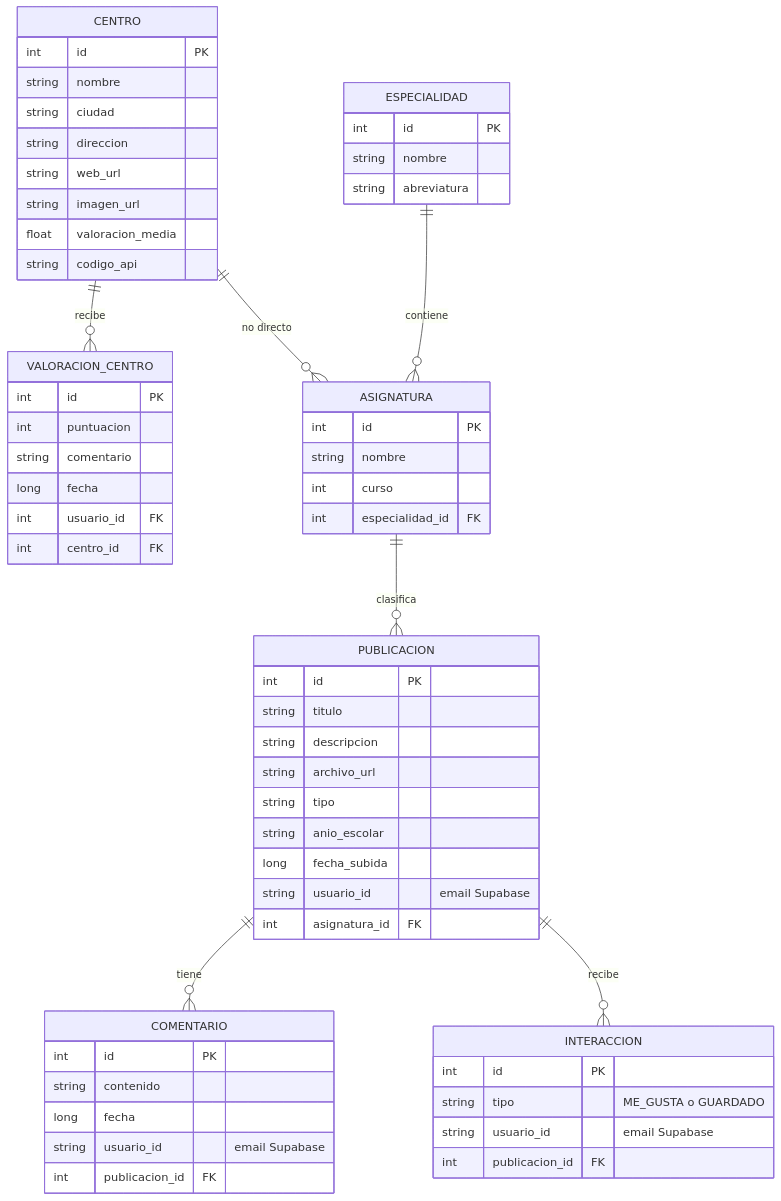
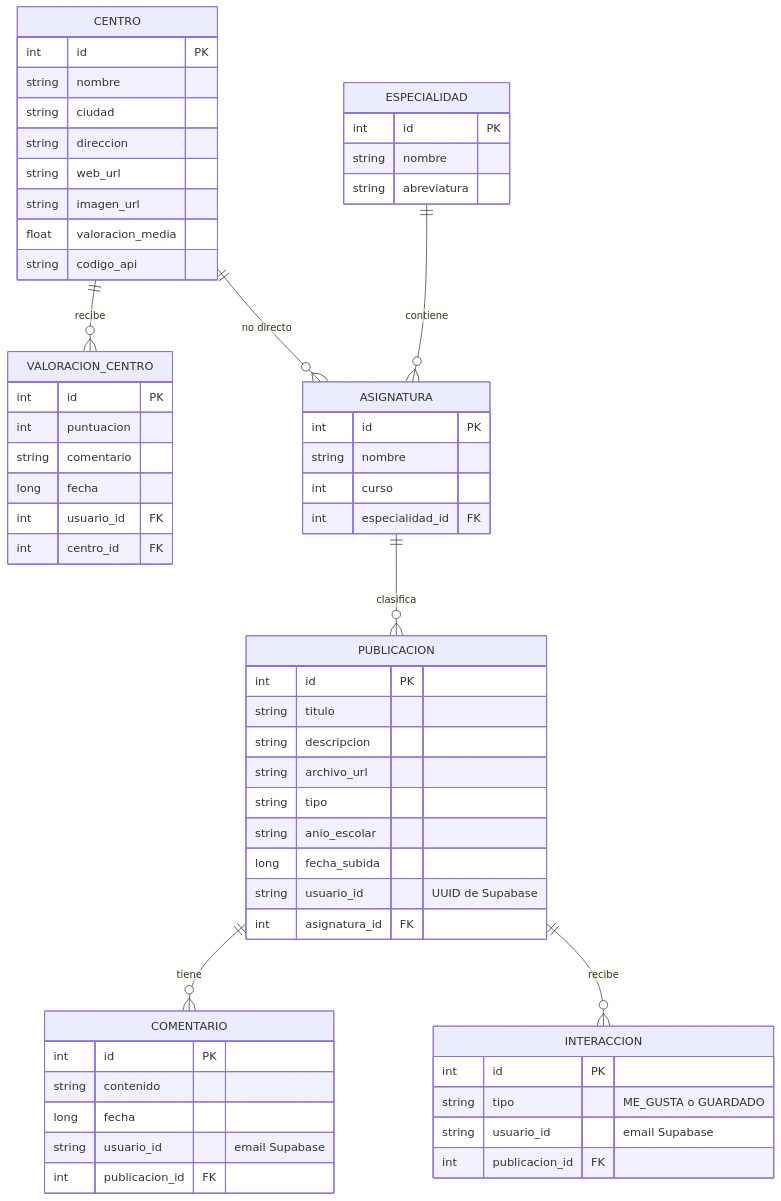
One commit to Antoniomba23/PROYECTO-FINAL-ANDROID-SEGUNDO-DAM changed the diagram in README.md. Above: the diagram before and after it, drawn with Mermaid. The commit also changed other lines of this file, not shown here.

````diff
--- a/README.md
+++ b/README.md
@@ -99,69 +111,69 @@
 ```mermaid
 erDiagram
     CENTRO ||--o{ VALORACION_CENTRO : "recibe"
     CENTRO ||--o{ ASIGNATURA : "no directo"
     ESPECIALIDAD ||--o{ ASIGNATURA : "contiene"
     ASIGNATURA ||--o{ PUBLICACION : "clasifica"
     PUBLICACION ||--o{ COMENTARIO : "tiene"
     PUBLICACION ||--o{ INTERACCION : "recibe"
 
     CENTRO {
         int id PK
         string nombre
         string ciudad
         string direccion
         string web_url
         string imagen_url
         float valoracion_media
         string codigo_api
     }
 
     ESPECIALIDAD {
         int id PK
         string nombre
         string abreviatura
     }
 
     ASIGNATURA {
         int id PK
         string nombre
         int curso
         int especialidad_id FK
     }
 
     PUBLICACION {
         int id PK
         string titulo
         string descripcion
         string archivo_url
         string tipo
         string anio_escolar
         long fecha_subida
-        string usuario_id "email Supabase"
+        string usuario_id "UUID de Supabase"
         int asignatura_id FK
     }
 
     COMENTARIO {
         int id PK
         string contenido
         long fecha
         string usuario_id "email Supabase"
         int publicacion_id FK
     }
 
     INTERACCION {
         int id PK
         string tipo "ME_GUSTA o GUARDADO"
         string usuario_id "email Supabase"
         int publicacion_id FK
     }
 
     VALORACION_CENTRO {
         int id PK
         int puntuacion
         string comentario
         long fecha
         int usuario_id FK
         int centro_id FK
     }
 ```
````
